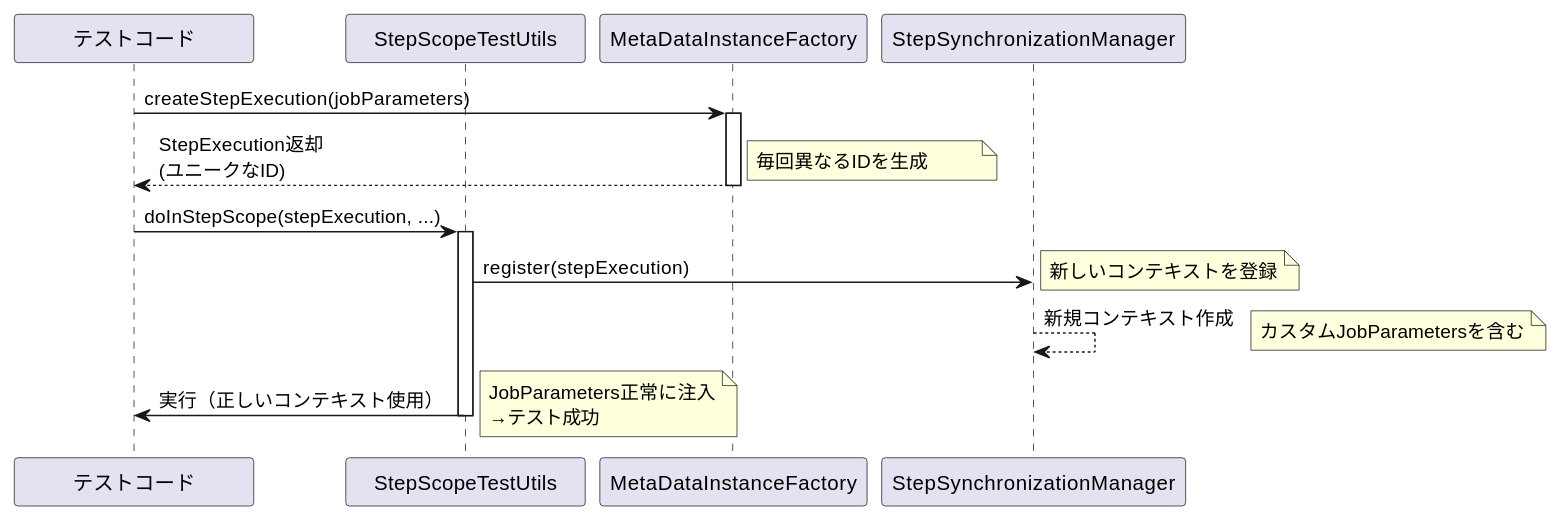
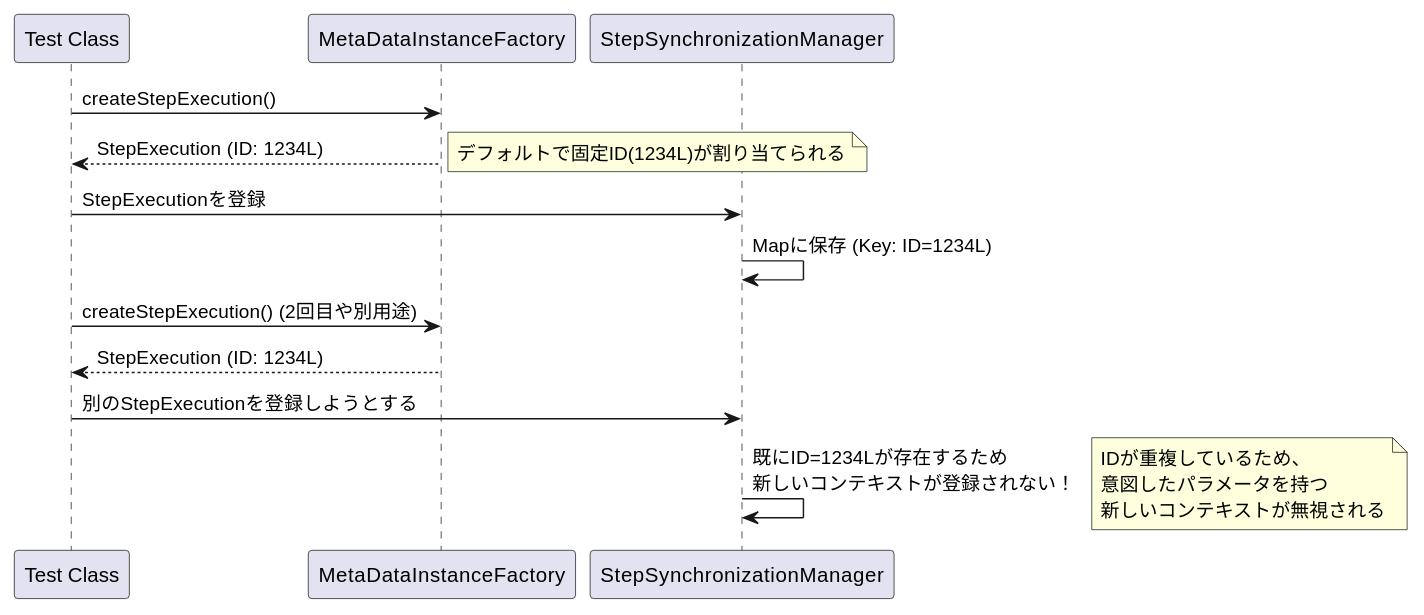
The diagram in output/spring-batch/6.0.2/open/current/markdown/issues_summary/issue_5181.md (mochimoching/github_issue_translate), drawn with PlantUML before and after one commit. The commit also changed other lines of this file and 85 other files, not shown here.

````diff
--- a/output/spring-batch/6.0.2/open/current/markdown/issues_summary/issue_5181.md
+++ b/output/spring-batch/6.0.2/open/current/markdown/issues_summary/issue_5181.md
@@ -343,28 +16,25 @@
 ```plantuml
 @startuml
-skinparam backgroundColor transparent
-skinparam minClassWidth 150
-
-participant "テストコード" as Test
-participant "StepScopeTestUtils" as Utils
+participant "Test Class" as Test
 participant "MetaDataInstanceFactory" as Factory
 participant "StepSynchronizationManager" as Manager
 
-Test -> Factory: createStepExecution(jobParameters)
-activate Factory
-Factory --> Test: StepExecution返却\n(ユニークなID)
-note right: 毎回異なるIDを生成
-deactivate Factory
+Test -> Factory: createStepExecution()
+Factory --> Test: StepExecution (ID: 1234L)
+note right: デフォルトで固定ID(1234L)が割り当てられる
 
-Test -> Utils: doInStepScope(stepExecution, ...)
-activate Utils
-Utils -> Manager: register(stepExecution)
-note right: 新しいコンテキストを登録
-Manager --> Manager: 新規コンテキスト作成
-note right: カスタムJobParametersを含む
-Utils -> Test: 実行（正しいコンテキスト使用）
-note right: JobParameters正常に注入\n→テスト成功
-deactivate Utils
+Test -> Manager: StepExecutionを登録
+Manager -> Manager: Mapに保存 (Key: ID=1234L)
 
+Test -> Factory: createStepExecution() (2回目や別用途)
+Factory --> Test: StepExecution (ID: 1234L)
+
+Test -> Manager: 別のStepExecutionを登録しようとする
+Manager -> Manager: 既にID=1234Lが存在するため\n新しいコンテキストが登録されない！
+note right
+  IDが重複しているため、
+  意図したパラメータを持つ
+  新しいコンテキストが無視される
+end note
 @enduml
 ```
````
